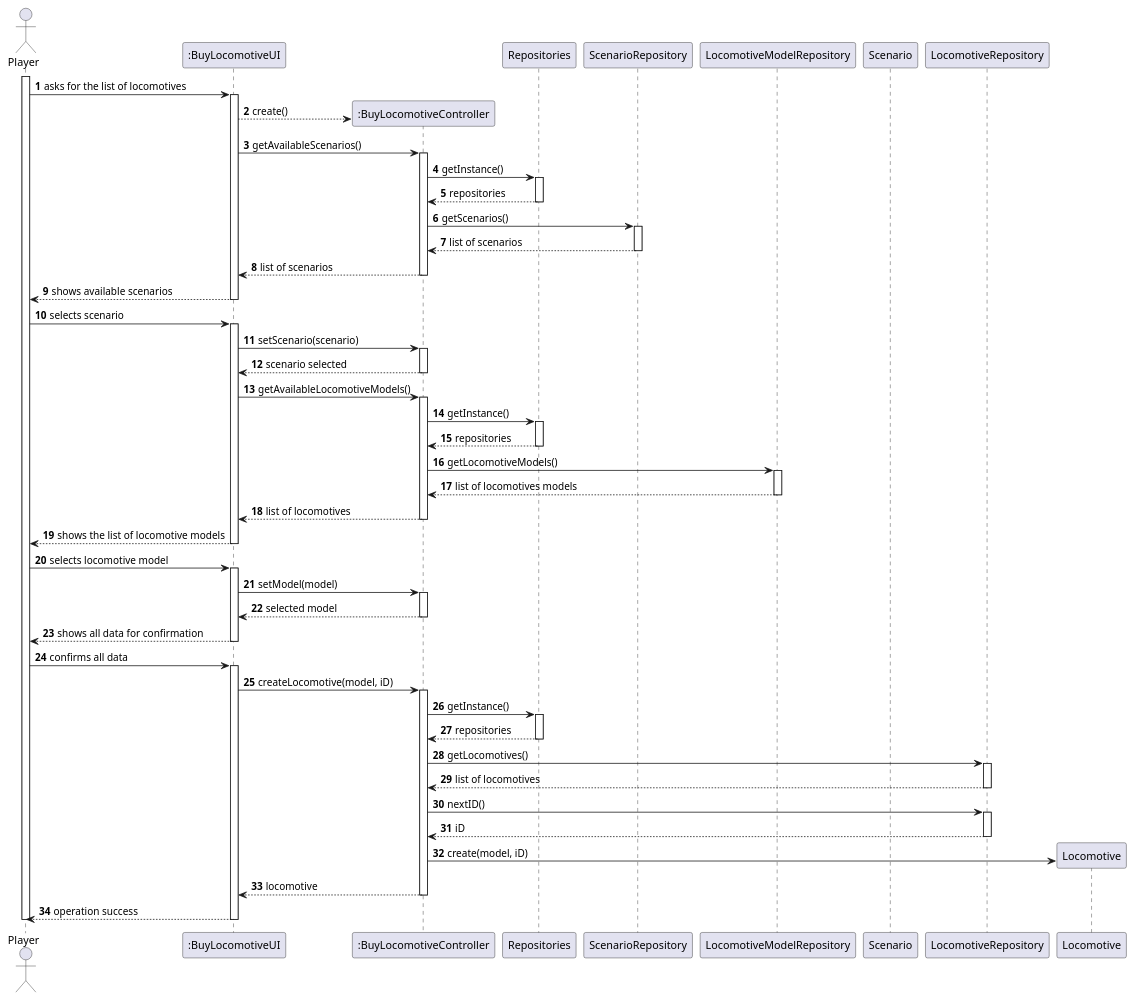
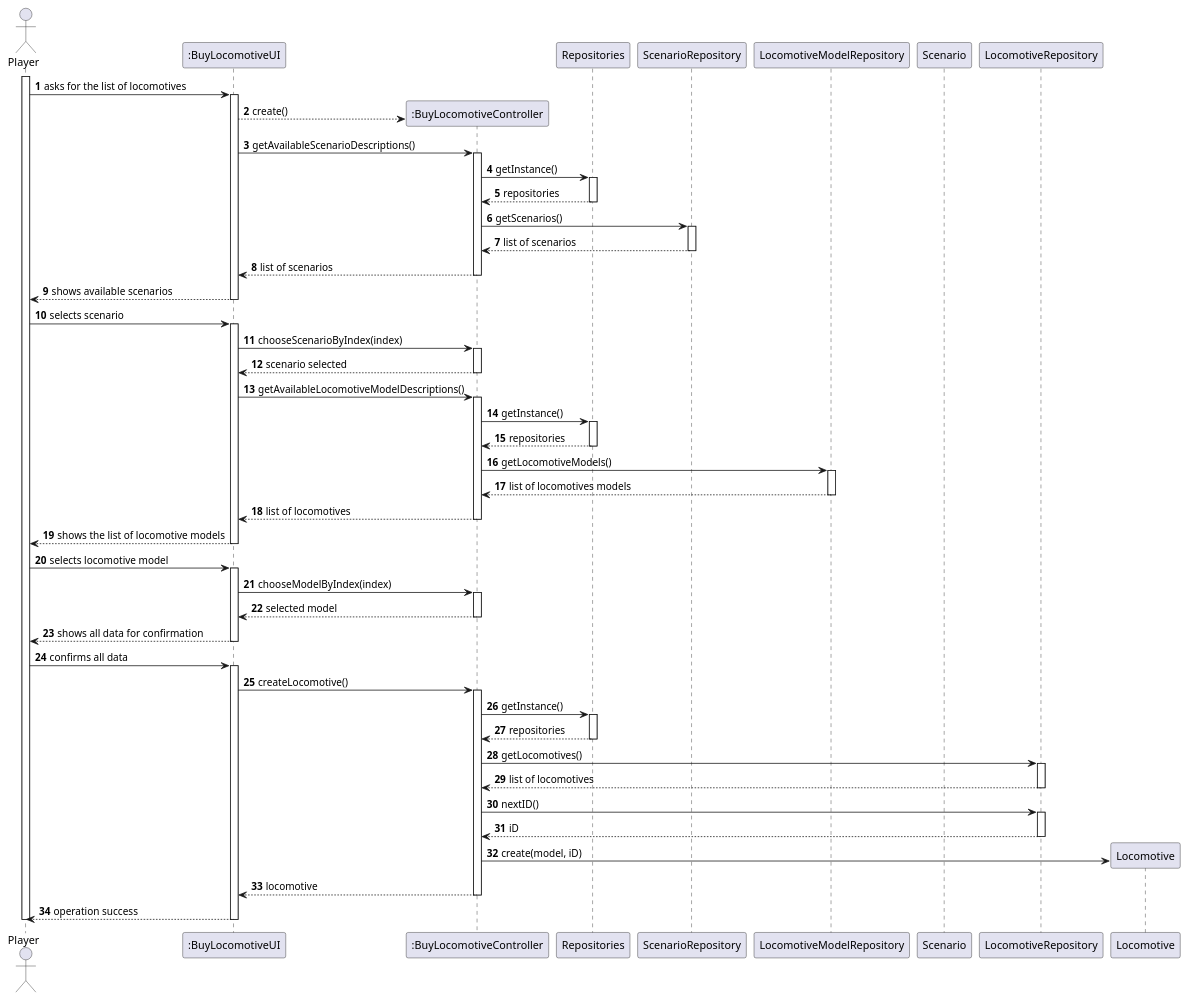
The diagram in Sprint2/US009/03.design/puml/US009-SD-full.puml (1240935/pi2-railway-simulator), drawn with PlantUML before and after one commit. The commit also changed 1 other file, not shown here.

```diff
--- a/Sprint2/US009/03.design/puml/US009-SD-full.puml
+++ b/Sprint2/US009/03.design/puml/US009-SD-full.puml
@@ -1,106 +1,106 @@
 @startuml
 'skinparam monochrome true
 skinparam packageStyle rectangle
 skinparam shadowing false
 
 autonumber
 
 'hide footbox
 actor "Player" as PLAYER
 participant ":BuyLocomotiveUI" as UI
 participant ":BuyLocomotiveController" as CTRL
 participant "Repositories" as REPOS
 participant "ScenarioRepository" as SCENARIO_REPO
 participant "LocomotiveModelRepository" as LOC_REPO
 participant "Scenario" as SCENARIO
 participant "LocomotiveRepository" as LOCOMOTIVE_REPO
 participant "Locomotive" as LOCOMOTIVE
 
 activate PLAYER
 
     PLAYER -> UI : asks for the list of locomotives
     activate UI
         UI --> CTRL** : create()
 
-        UI -> CTRL : getAvailableScenarios()
+        UI -> CTRL : getAvailableScenarioDescriptions()
         activate CTRL
             CTRL -> REPOS : getInstance()
             activate REPOS
                 REPOS --> CTRL : repositories
             deactivate REPOS
 
             CTRL -> SCENARIO_REPO : getScenarios()
             activate SCENARIO_REPO
                 SCENARIO_REPO --> CTRL : list of scenarios
             deactivate SCENARIO_REPO
 
             CTRL --> UI : list of scenarios
         deactivate CTRL
 
         UI --> PLAYER : shows available scenarios
     deactivate UI
 
 PLAYER -> UI : selects scenario
 activate UI
-    UI -> CTRL : setScenario(scenario)
+    UI -> CTRL : chooseScenarioByIndex(index)
     activate CTRL
         CTRL --> UI : scenario selected
     deactivate CTRL
 
-    UI -> CTRL : getAvailableLocomotiveModels()
+    UI -> CTRL : getAvailableLocomotiveModelDescriptions()
     activate CTRL
         CTRL -> REPOS : getInstance()
         activate REPOS
             REPOS --> CTRL: repositories
         deactivate REPOS
 
         CTRL -> LOC_REPO : getLocomotiveModels()
         activate LOC_REPO
             LOC_REPO --> CTRL : list of locomotives models
         deactivate LOC_REPO
 
         CTRL --> UI : list of locomotives
     deactivate CTRL
 
     UI --> PLAYER : shows the list of locomotive models
 deactivate UI
 
 PLAYER -> UI : selects locomotive model
 activate UI
-    UI -> CTRL : setModel(model)
+    UI -> CTRL : chooseModelByIndex(index)
     activate CTRL
     CTRL --> UI: selected model
     deactivate CTRL
 
     UI --> PLAYER: shows all data for confirmation
 
     deactivate UI
     PLAYER -> UI: confirms all data
     activate UI
 
-    UI -> CTRL : createLocomotive(model, iD)
+    UI -> CTRL : createLocomotive()
     activate CTRL
     CTRL -> REPOS : getInstance()
             activate REPOS
                 REPOS --> CTRL: repositories
             deactivate REPOS
 
             CTRL -> LOCOMOTIVE_REPO : getLocomotives()
             activate LOCOMOTIVE_REPO
                 LOCOMOTIVE_REPO --> CTRL : list of locomotives
             deactivate LOCOMOTIVE_REPO
       CTRL -> LOCOMOTIVE_REPO : nextID()
             activate LOCOMOTIVE_REPO
                 LOCOMOTIVE_REPO --> CTRL : iD
             deactivate LOCOMOTIVE_REPO
         CTRL -> LOCOMOTIVE** : create(model, iD)
 
         CTRL --> UI : locomotive
     deactivate CTRL
 
     UI --> PLAYER : operation success
 deactivate UI
 
 deactivate PLAYER
 
 @enduml
```
